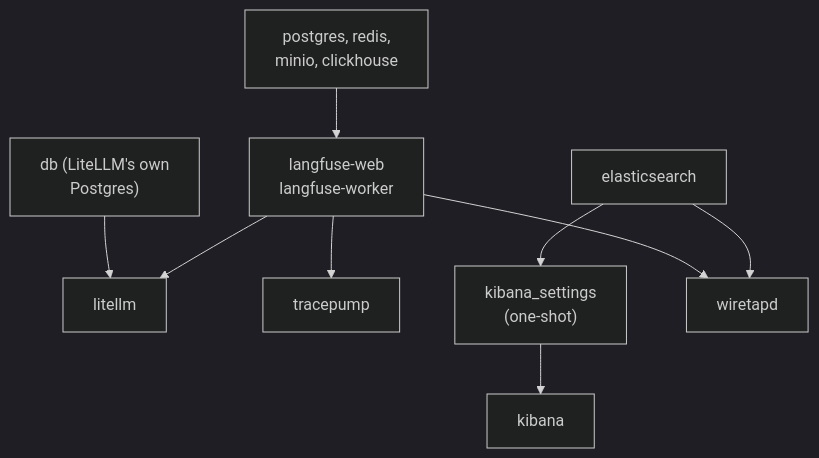
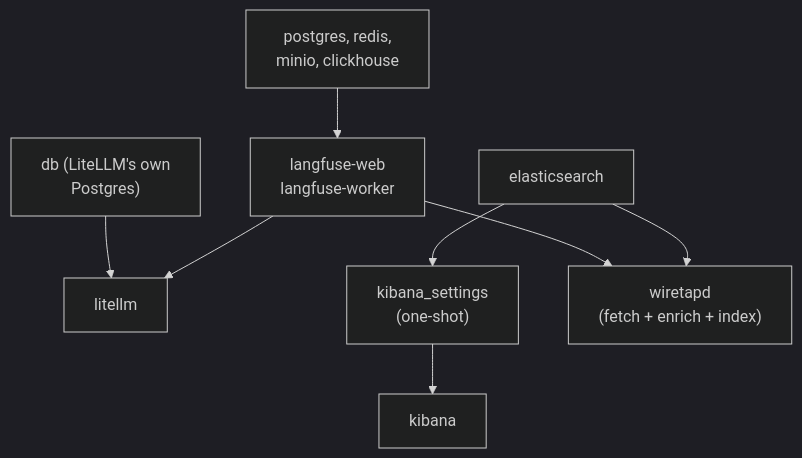
The diagram in RUNBOOK.md (Anwesh-Mahapatra/wiretap), drawn with Mermaid (dark theme) before and after one commit. The commit also changed other lines of this file and 31 other files, not shown here.

````diff
--- a/RUNBOOK.md
+++ b/RUNBOOK.md
@@ -39,11 +39,10 @@
 ```mermaid
 flowchart TB
     DB1["postgres, redis,<br/>minio, clickhouse"] --> LF["langfuse-web<br/>langfuse-worker"]
     DB2["db (LiteLLM's own<br/>Postgres)"] --> LL["litellm"]
     LF --> LL
-    LF --> TP["tracepump"]
     ES["elasticsearch"] --> KS["kibana_settings<br/>(one-shot)"]
     KS --> KB["kibana"]
-    LF --> WD["wiretapd"]
+    LF --> WD["wiretapd<br/>(fetch + enrich + index)"]
     ES --> WD
 ```
````
